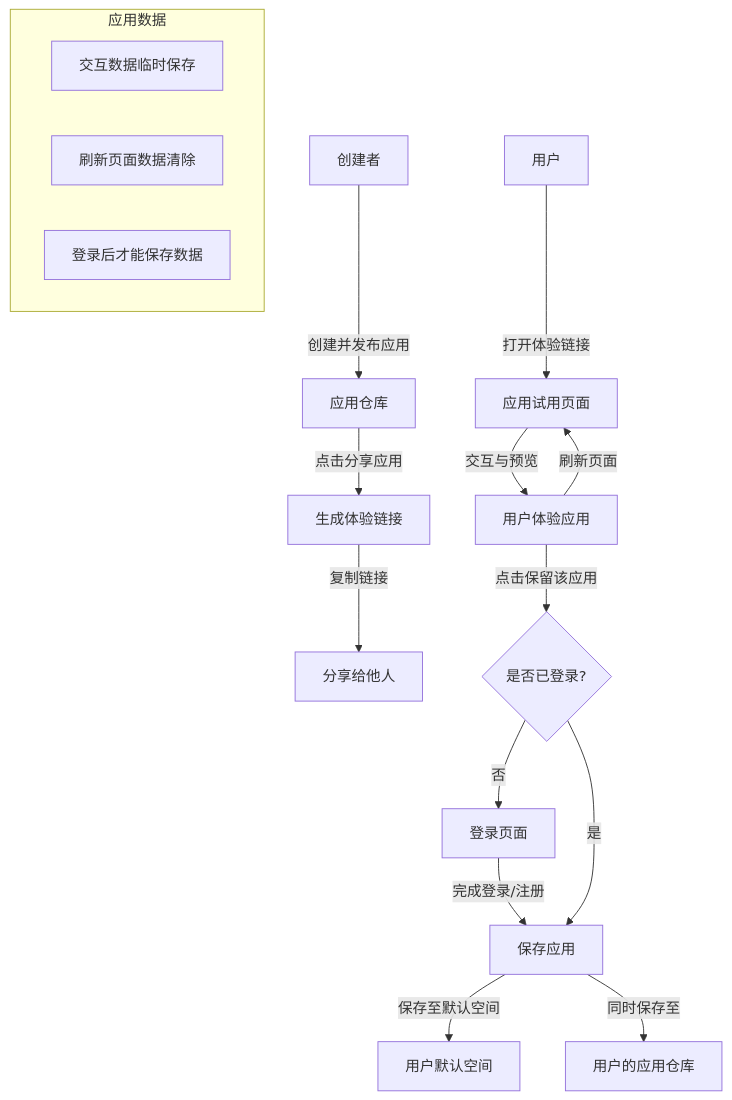
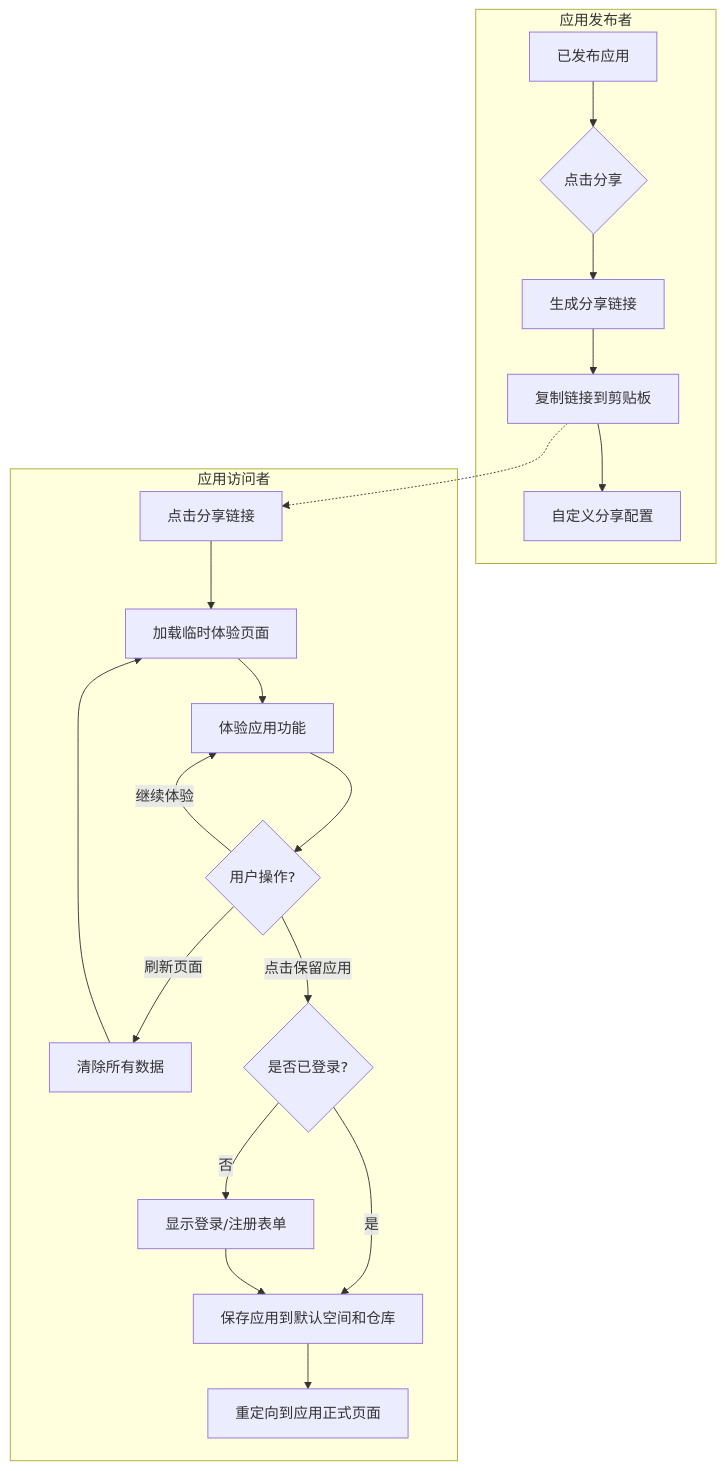
One commit to yingjianzh/iodraw-files changed the diagram in all/未命名-64.md. Above: the diagram before and after it, drawn with Mermaid.

Commit message:
2025-05-21 18:00:45 update

````diff
--- a/all/未命名-64.md
+++ b/all/未命名-64.md
@@ -1,24 +1,27 @@
 ```mermaid
 flowchart TD
-    A[创建者] -->|创建并发布应用| B[应用仓库]
-    B -->|点击分享应用| C[生成体验链接]
-    C -->|复制链接| D[分享给他人]
-    
-    E[用户] -->|打开体验链接| F[应用试用页面]
-    F -->|交互与预览| G[用户体验应用]
-    G -->|刷新页面| F
-    G -->|点击保留该应用| H{是否已登录?}
-    
-    H -->|否| I[登录页面]
-    I -->|完成登录/注册| J[保存应用]
-    H -->|是| J
-    
-    J -->|保存至默认空间| K[用户默认空间]
-    J -->|同时保存至| L[用户的应用仓库]
-    
-    subgraph 应用数据
-        note1[交互数据临时保存]
-        note2[刷新页面数据清除]
-        note3[登录后才能保存数据]
+    subgraph "应用发布者"
+        A1[已发布应用] --> A2{点击分享}
+        A2 --> A3[生成分享链接]
+        A3 --> A4[复制链接到剪贴板]
+        A4 --> A5[自定义分享配置]
     end
+
+    subgraph "应用访问者"
+        B1[点击分享链接] --> B2[加载临时体验页面]
+        B2 --> B3[体验应用功能]
+        B3 --> B4{用户操作?}
+        
+        B4 -->|继续体验| B3
+        B4 -->|刷新页面| B5[清除所有数据]
+        B5 --> B2
+        
+        B4 -->|点击保留应用| B6{是否已登录?}
+        B6 -->|是| B8[保存应用到默认空间和仓库]
+        B6 -->|否| B7[显示登录/注册表单]
+        B7 --> B8
+        B8 --> B9[重定向到应用正式页面]
+    end
+
+    A4 -.-> B1
 ```
````
